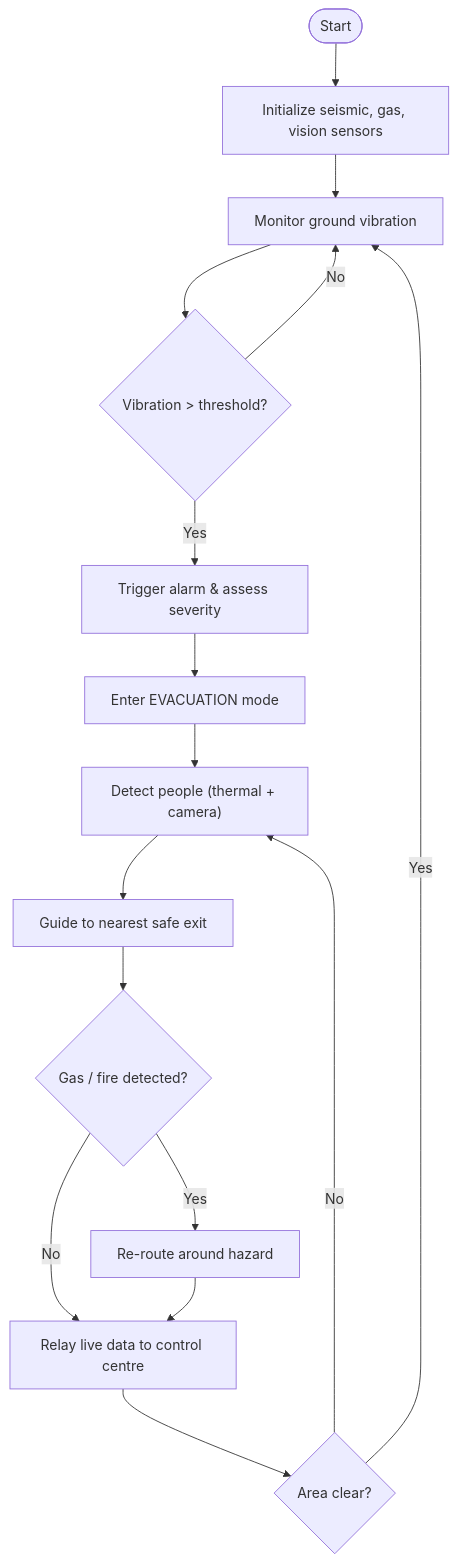
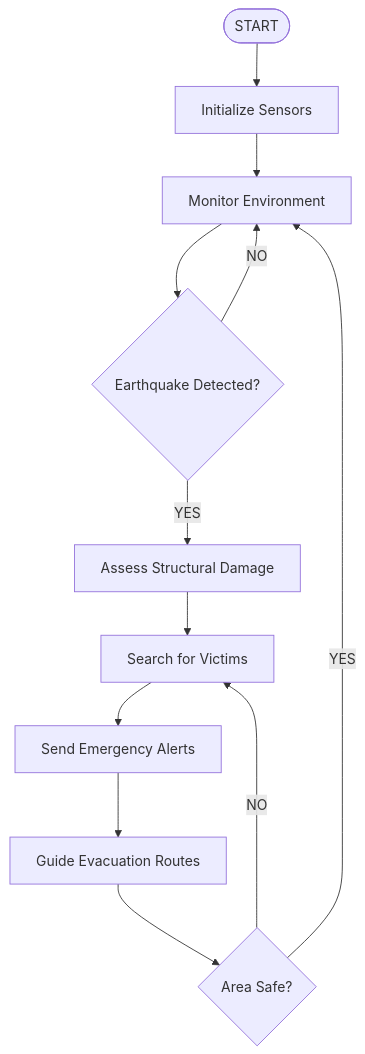
The second of 5 diagrams in README.md (noushad999/robotics), drawn with Mermaid before and after one commit. The commit also changed other lines of this file, not shown here.

````diff
--- a/README.md
+++ b/README.md
@@ -261,18 +150,14 @@
 ```mermaid
 flowchart TD
-    A([Start]) --> B["Initialize seismic, gas, vision sensors"]
-    B --> C["Monitor ground vibration"]
-    C --> D{"Vibration > threshold?"}
-    D -->|No| C
-    D -->|Yes| E["Trigger alarm & assess severity"]
-    E --> F["Enter EVACUATION mode"]
-    F --> G["Detect people (thermal + camera)"]
-    G --> H["Guide to nearest safe exit"]
-    H --> I{"Gas / fire detected?"}
-    I -->|Yes| J["Re-route around hazard"]
-    I -->|No| K["Relay live data to control centre"]
-    J --> K
-    K --> L{"Area clear?"}
-    L -->|No| G
-    L -->|Yes| C
+    A([START]) --> B[Initialize Sensors]
+    B --> C[Monitor Environment]
+    C --> D{Earthquake Detected?}
+    D -->|NO| C
+    D -->|YES| E[Assess Structural Damage]
+    E --> F[Search for Victims]
+    F --> G[Send Emergency Alerts]
+    G --> H[Guide Evacuation Routes]
+    H --> I{Area Safe?}
+    I -->|NO| F
+    I -->|YES| C
 ```
````
